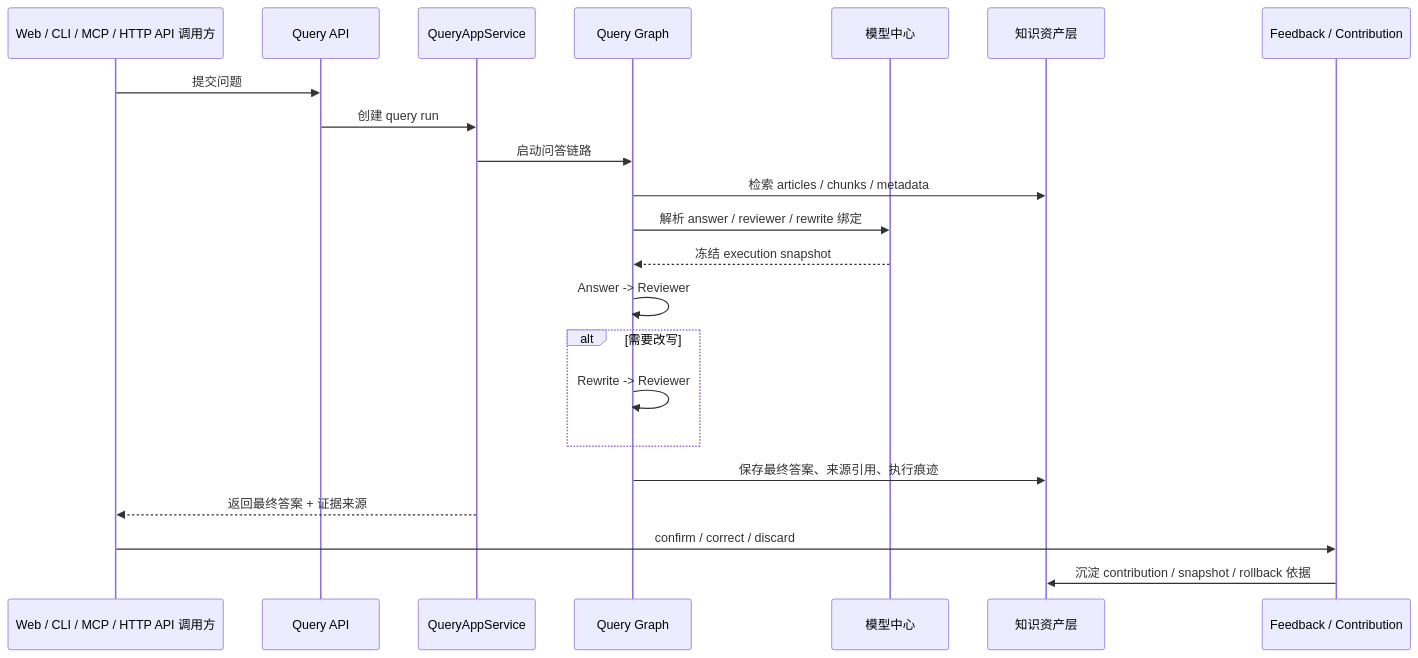
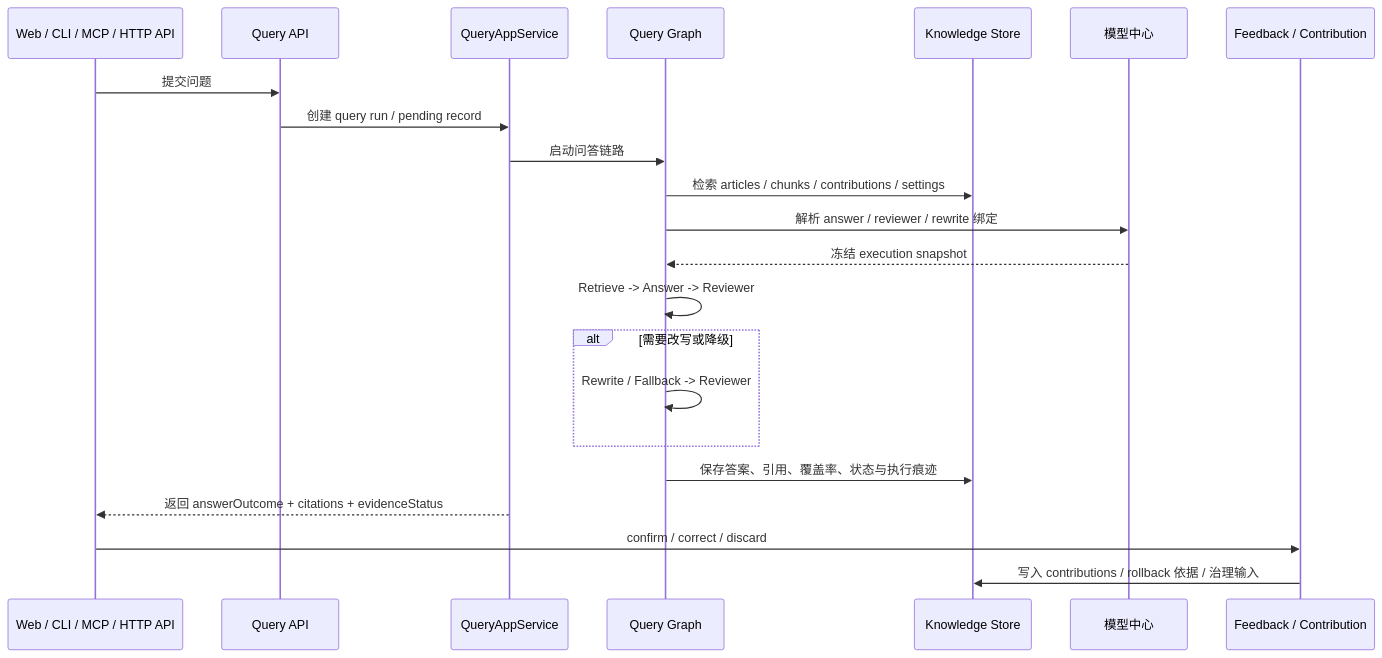
Before and after one commit to small-xiexu/Lattice-java: the fourth of 5 diagrams in README.md, drawn with Mermaid. The commit also changed other lines of this file and 112 other files, not shown here.

````diff
--- a/README.md
+++ b/README.md
@@ -176,25 +169,25 @@
 ```mermaid
 sequenceDiagram
-    participant C as Web / CLI / MCP / HTTP API 调用方
+    participant C as Web / CLI / MCP / HTTP API
     participant API as Query API
     participant APP as QueryAppService
     participant G as Query Graph
+    participant DB as Knowledge Store
     participant MC as 模型中心
-    participant DB as 知识资产层
     participant FB as Feedback / Contribution
 
     C->>API: 提交问题
-    API->>APP: 创建 query run
+    API->>APP: 创建 query run / pending record
     APP->>G: 启动问答链路
-    G->>DB: 检索 articles / chunks / metadata
+    G->>DB: 检索 articles / chunks / contributions / settings
     G->>MC: 解析 answer / reviewer / rewrite 绑定
     MC-->>G: 冻结 execution snapshot
-    G->>G: Answer -> Reviewer
-    alt 需要改写
-        G->>G: Rewrite -> Reviewer
+    G->>G: Retrieve -> Answer -> Reviewer
+    alt 需要改写或降级
+        G->>G: Rewrite / Fallback -> Reviewer
     end
-    G->>DB: 保存最终答案、来源引用、执行痕迹
-    APP-->>C: 返回最终答案 + 证据来源
+    G->>DB: 保存答案、引用、覆盖率、状态与执行痕迹
+    APP-->>C: 返回 answerOutcome + citations + evidenceStatus
     C->>FB: confirm / correct / discard
-    FB->>DB: 沉淀 contribution / snapshot / rollback 依据
+    FB->>DB: 写入 contributions / rollback 依据 / 治理输入
 ```
````
